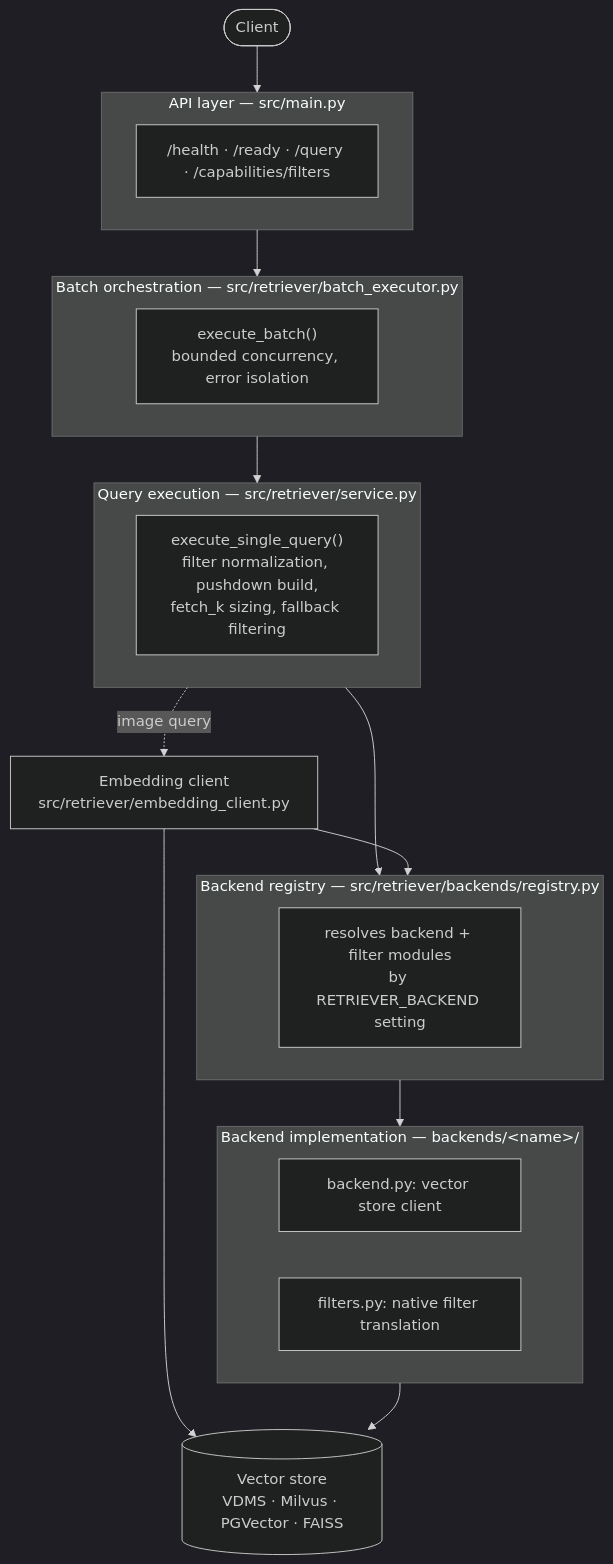
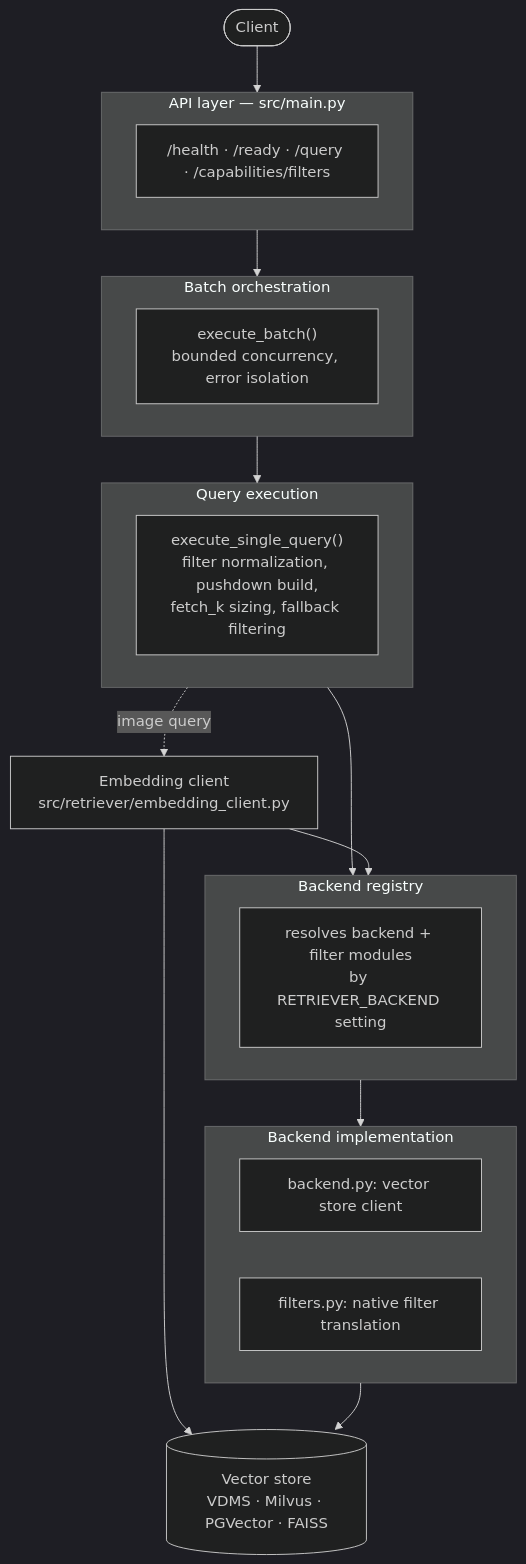
The first of 2 diagrams in microservices/vector-retriever/vector-retriever/docs/user-guide/how-it-works.md (open-edge-platform/edge-ai-libraries), drawn with Mermaid before and after one commit.

Commit message:
diagrams - trim labels, fix line breaks

````diff
--- a/microservices/vector-retriever/vector-retriever/docs/user-guide/how-it-works.md
+++ b/microservices/vector-retriever/vector-retriever/docs/user-guide/how-it-works.md
@@ -16,38 +16,38 @@
 ```mermaid
 ---
 config: {"theme": "dark"}
 ---
 flowchart TB
     Client(["Client"])
 
     subgraph API["API layer — src/main.py"]
         Endpoints["/health · /ready · /query · /capabilities/filters"]
     end
 
-    subgraph Orchestration["Batch orchestration — src/retriever/batch_executor.py"]
-        Batch["execute_batch()\nbounded concurrency, error isolation"]
+    subgraph Orchestration["Batch orchestration"]
+        Batch["execute_batch()<br/>bounded concurrency, error isolation"]
     end
 
-    subgraph Execution["Query execution — src/retriever/service.py"]
-        Service["execute_single_query()\nfilter normalization, pushdown build,\nfetch_k sizing, fallback filtering"]
+    subgraph Execution["Query execution"]
+        Service["execute_single_query()<br/>filter normalization, pushdown build,<br/>fetch_k sizing, fallback filtering"]
     end
 
-    subgraph Registry["Backend registry — src/retriever/backends/registry.py"]
-        Reg["resolves backend + filter modules\nby RETRIEVER_BACKEND setting"]
+    subgraph Registry["Backend registry"]
+        Reg["resolves backend + filter modules<br/>by RETRIEVER_BACKEND setting"]
     end
 
-    subgraph Backend["Backend implementation — backends/&lt;name&gt;/"]
+    subgraph Backend["Backend implementation"]
         Impl["backend.py: vector store client"]
         Filt["filters.py: native filter translation"]
     end
 
-    Embedding["Embedding client\nsrc/retriever/embedding_client.py"]
-    Store[("Vector store\nVDMS · Milvus · PGVector · FAISS")]
+    Embedding["Embedding client<br/>src/retriever/embedding_client.py"]
+    Store[("Vector store<br/>VDMS · Milvus · PGVector · FAISS")]
 
     Client --> API --> Orchestration --> Execution
     Execution --> Registry --> Backend
     Execution -.image query.-> Embedding
     Embedding --> Store
     Embedding --> Registry
     Backend --> Store
 ```
````
